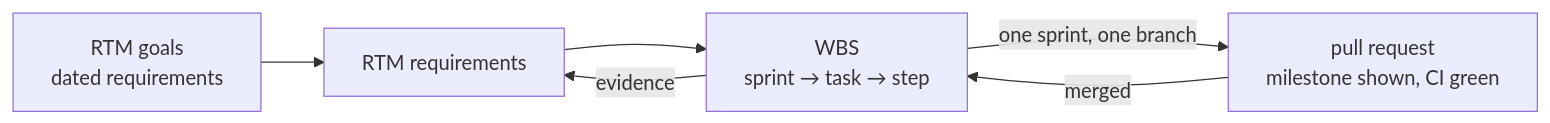
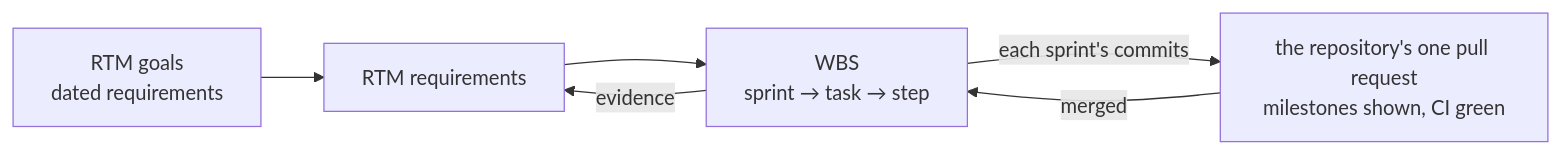
The diagram in development/README.md (Aptix-Bio/Iris-Interoperability-Specification), drawn with Mermaid before and after one commit. The commit also changed other lines of this file and 1 other file, not shown here.

Commit message:
Process: one branch and one pull request per repository; every sprint lands through pull request #1

````diff
--- a/development/README.md
+++ b/development/README.md
@@ -15,8 +15,8 @@
 ```mermaid
 flowchart LR
     G["RTM goals<br/>dated requirements"] --> R["RTM requirements"]
     R --> WBS["WBS<br/>sprint → task → step"]
     WBS -->|"evidence"| R
-    WBS -->|"one sprint, one branch"| PR["pull request<br/>milestone shown, CI green"]
+    WBS -->|"each sprint's commits"| PR["the repository's one pull request<br/>milestones shown, CI green"]
     PR -->|"merged"| WBS
 ```
````
